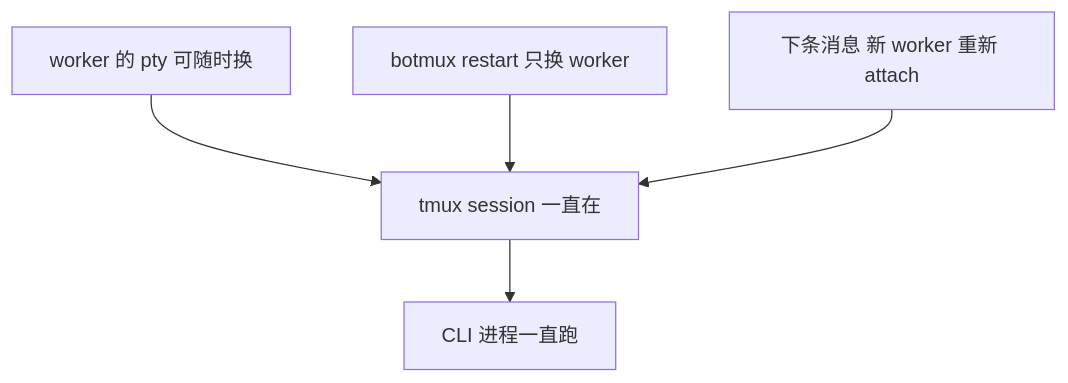
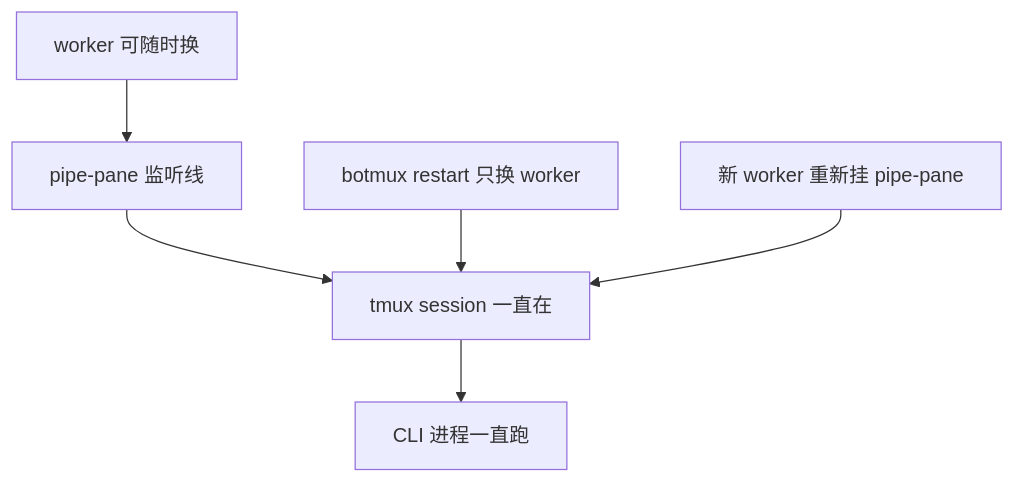
Before and after one commit to diguike/book-source-reading: the fourth of 8 diagrams in book/05-botmux.md, drawn with Mermaid. The commit also changed other lines of this file and 27 other files, not shown here.

````diff
--- a/book/05-botmux.md
+++ b/book/05-botmux.md
@@ -323,7 +322,8 @@
 ```mermaid
 graph TB
-    W[worker 的 pty 可随时换] --> S[tmux session 一直在]
+    W[worker 可随时换] --> P[pipe-pane 监听线]
+    P --> S[tmux session 一直在]
     S --> C[CLI 进程一直跑]
     R[botmux restart 只换 worker] --> S
-    M[下条消息 新 worker 重新 attach] --> S
+    M[新 worker 重新挂 pipe-pane] --> S
 ```
````
